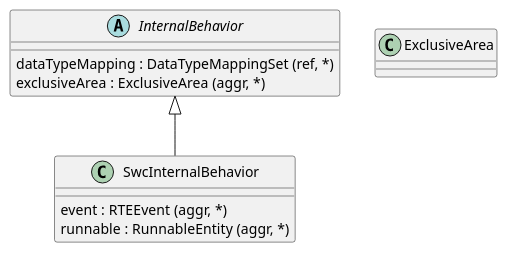
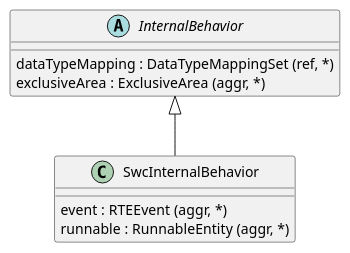
Diagram 12 of 19 in vault-base/Topics/Technical-Topics/OS/AUTOSAR/General/AUTOSAR-SW-Components.md (hazemanwer2000/knowledge-base), drawn with PlantUML before and after one commit. The commit also changed other lines of this file, not shown here.

````diff
--- a/vault-base/Topics/Technical-Topics/OS/AUTOSAR/General/AUTOSAR-SW-Components.md
+++ b/vault-base/Topics/Technical-Topics/OS/AUTOSAR/General/AUTOSAR-SW-Components.md
@@ -233,12 +224,11 @@
 ```plantuml
 abstract InternalBehavior {
 	dataTypeMapping : DataTypeMappingSet (ref, *)
 	exclusiveArea : ExclusiveArea (aggr, *)
 }
 class SwcInternalBehavior {
 	event : RTEEvent (aggr, *)
 	runnable : RunnableEntity (aggr, *)
 }
-class ExclusiveArea
 InternalBehavior <|-- SwcInternalBehavior
 ```
````
